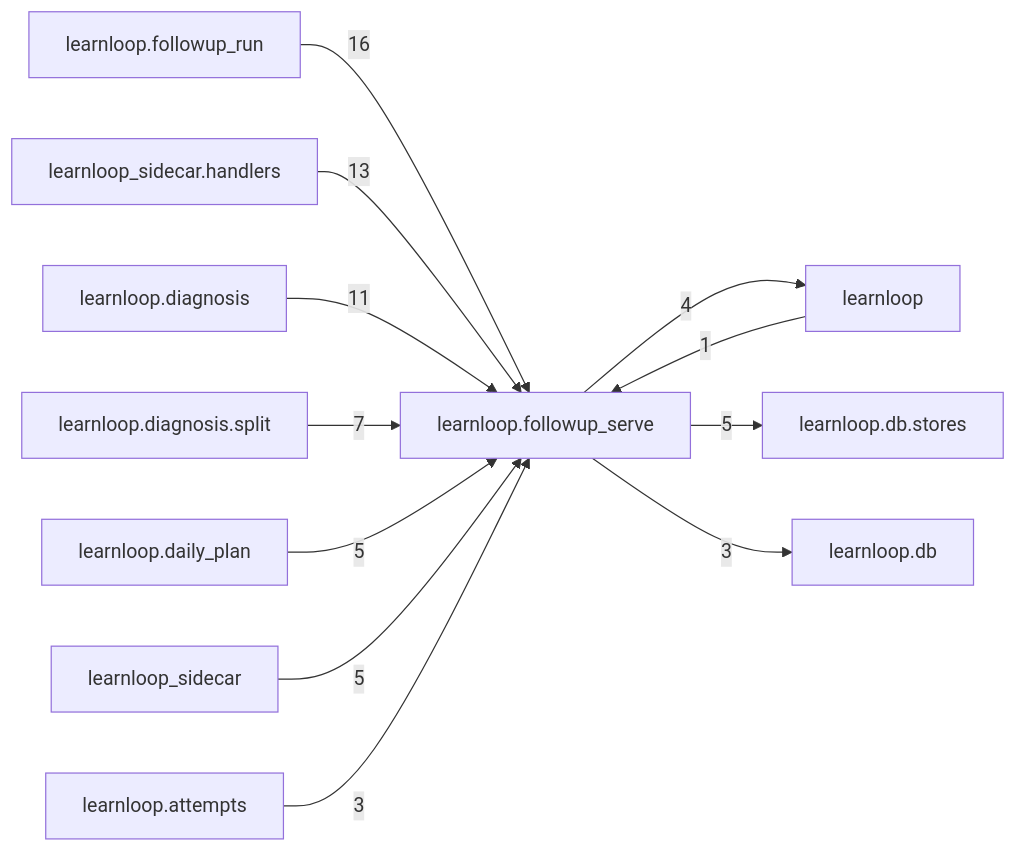
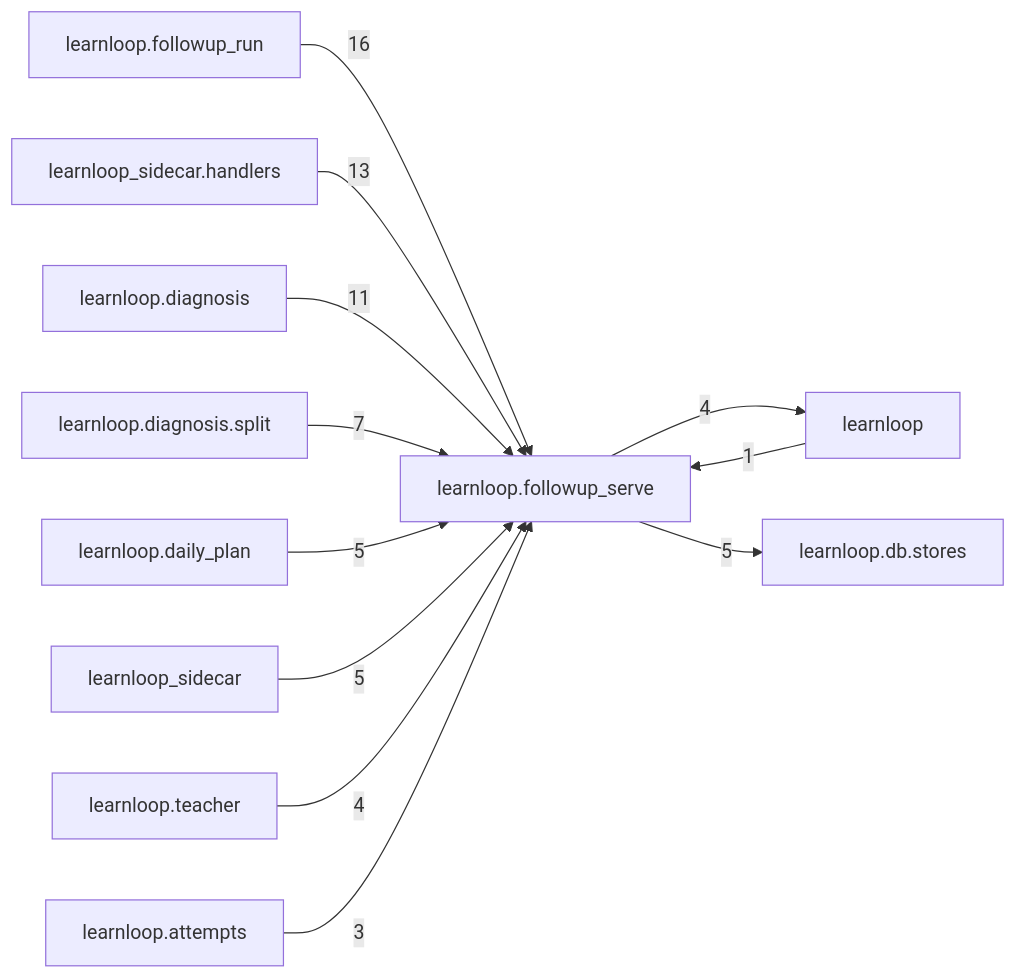
One commit to 6up-b/learnanything changed the diagram in docs/learnloop-architecture-vault/Reference/Modules/learnloop/followup_serve/_package.md. Above: the diagram before and after it, drawn with Mermaid. The commit also changed other lines of this file and 162 other files, not shown here.

````diff
--- a/docs/learnloop-architecture-vault/Reference/Modules/learnloop/followup_serve/_package.md
+++ b/docs/learnloop-architecture-vault/Reference/Modules/learnloop/followup_serve/_package.md
@@ -87,25 +87,25 @@
 ```mermaid
 flowchart LR
     center["learnloop.followup_serve"]
     n_learnloop_followup_run["learnloop.followup_run"]
     n_learnloop_sidecar_handlers["learnloop_sidecar.handlers"]
     n_learnloop_diagnosis["learnloop.diagnosis"]
     n_learnloop_diagnosis_split["learnloop.diagnosis.split"]
     n_learnloop["learnloop"]
     n_learnloop_daily_plan["learnloop.daily_plan"]
     n_learnloop_db_stores["learnloop.db.stores"]
     n_learnloop_sidecar["learnloop_sidecar"]
+    n_learnloop_teacher["learnloop.teacher"]
     n_learnloop_attempts["learnloop.attempts"]
-    n_learnloop_db["learnloop.db"]
     n_learnloop_followup_run -->|16| center
     n_learnloop_sidecar_handlers -->|13| center
     n_learnloop_diagnosis -->|11| center
     n_learnloop_diagnosis_split -->|7| center
     n_learnloop -->|1| center
     center -->|4| n_learnloop
     n_learnloop_daily_plan -->|5| center
     center -->|5| n_learnloop_db_stores
     n_learnloop_sidecar -->|5| center
+    n_learnloop_teacher -->|4| center
     n_learnloop_attempts -->|3| center
-    center -->|3| n_learnloop_db
 ```
````
